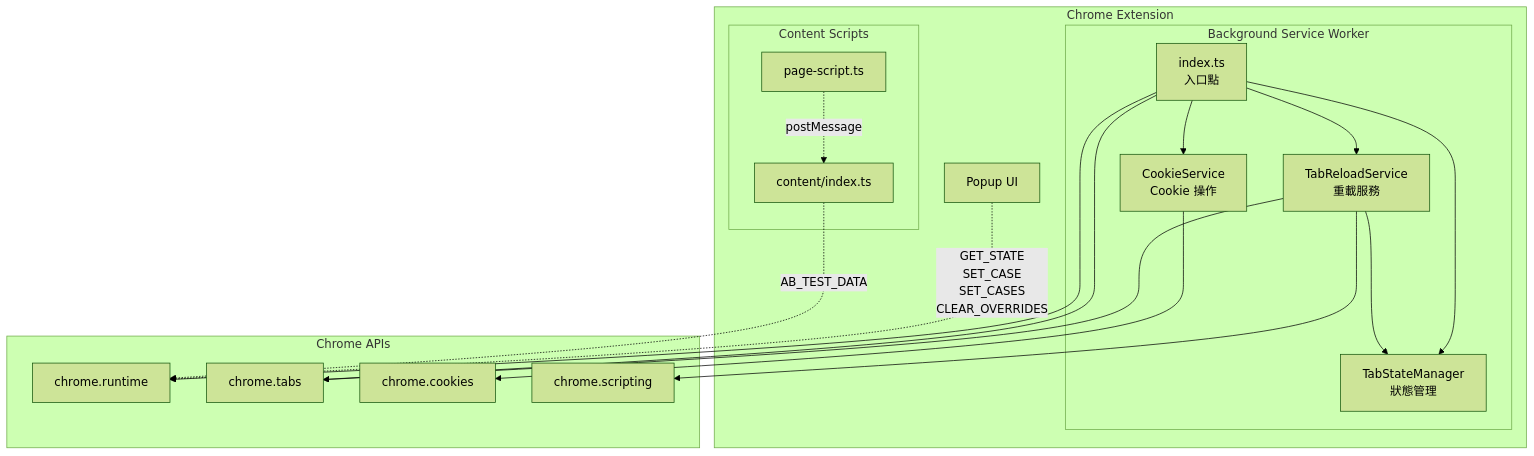
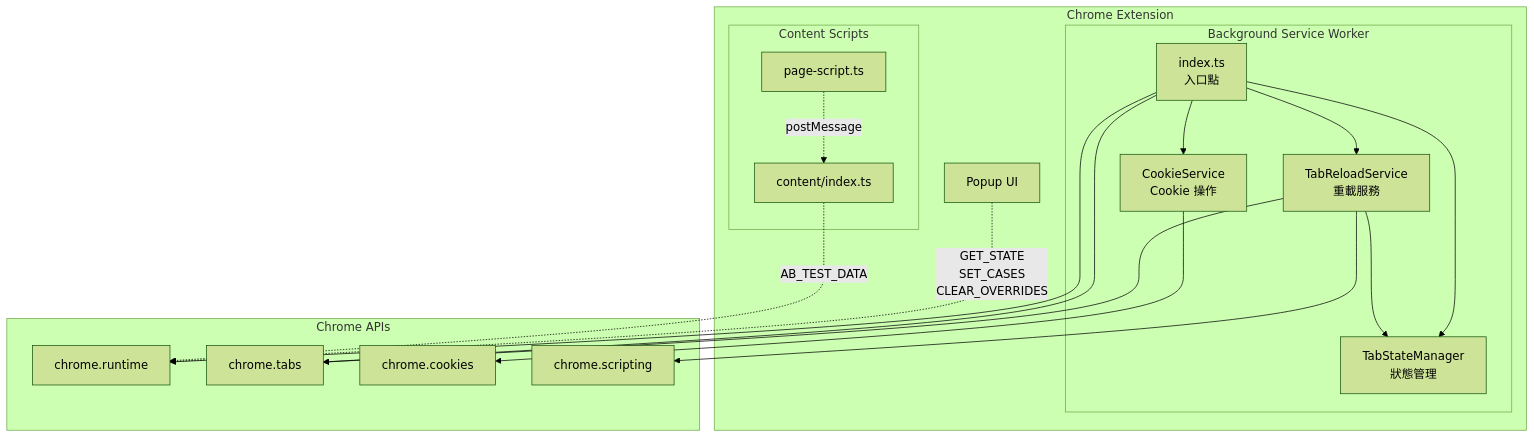
The first of 6 diagrams in src/background/README.md (jamielin125/kkday-ab-test-extension), drawn with Mermaid (forest theme) before and after one commit. The commit also changed other lines of this file and 2 other files, not shown here.

Commit message:
refactor: remove SET_CASE message handling and update documentation accordingly

````diff
--- a/src/background/README.md
+++ b/src/background/README.md
@@ -16,43 +16,43 @@
 ```mermaid
 graph TB
     subgraph "Chrome Extension"
         subgraph "Background Service Worker"
             INDEX[index.ts<br/>入口點]
             TSM[TabStateManager<br/>狀態管理]
             CS[CookieService<br/>Cookie 操作]
             TRS[TabReloadService<br/>重載服務]
         end
 
         subgraph "Content Scripts"
             CONTENT[content/index.ts]
             PAGE[page-script.ts]
         end
 
         POPUP[Popup UI]
     end
 
     subgraph "Chrome APIs"
         RUNTIME[chrome.runtime]
         TABS[chrome.tabs]
         COOKIES[chrome.cookies]
         SCRIPTING[chrome.scripting]
     end
 
     %% 依賴關係
     INDEX --> TSM
     INDEX --> CS
     INDEX --> TRS
     TRS --> TSM
 
     %% Chrome API 使用
     CS --> COOKIES
     TRS --> TABS
     TRS --> SCRIPTING
     INDEX --> RUNTIME
     INDEX --> TABS
 
     %% 消息流
-    POPUP -.->|GET_STATE<br/>SET_CASE<br/>SET_CASES<br/>CLEAR_OVERRIDES| RUNTIME
+    POPUP -.->|GET_STATE<br/>SET_CASES<br/>CLEAR_OVERRIDES| RUNTIME
     CONTENT -.->|AB_TEST_DATA| RUNTIME
     PAGE -.->|postMessage| CONTENT
 ```
````
